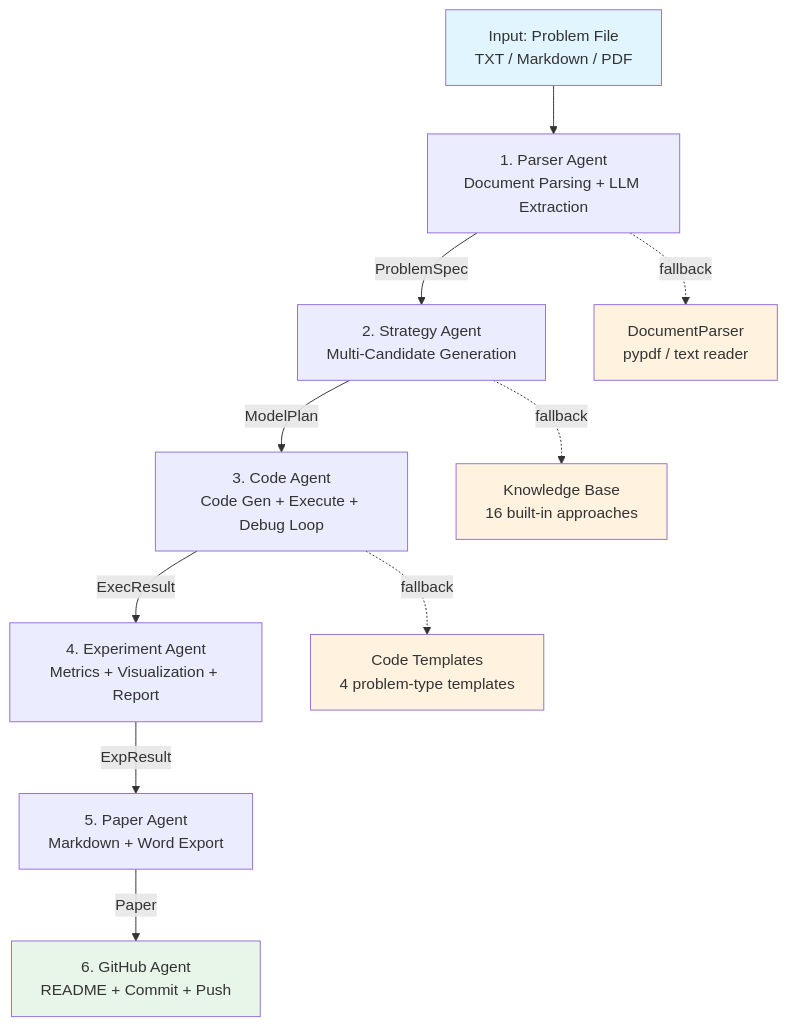
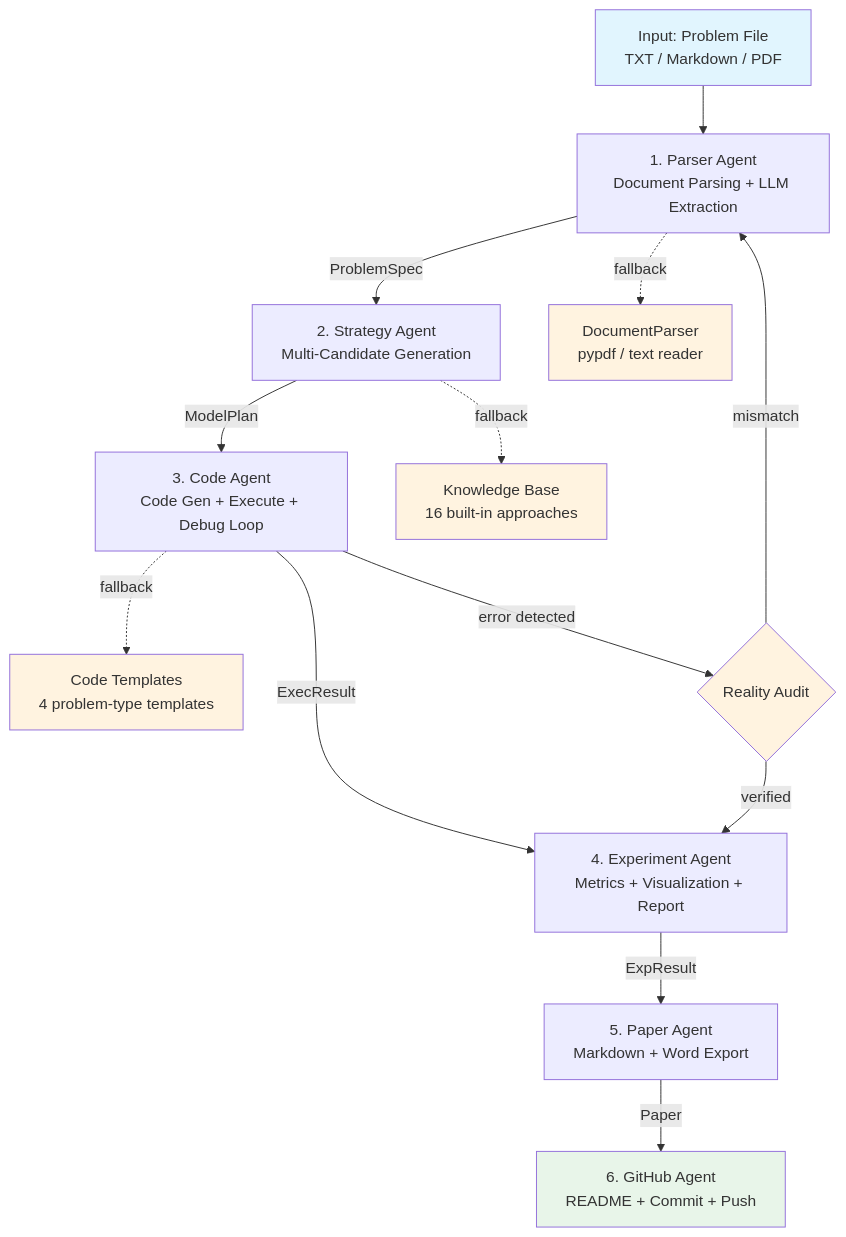
Before and after one commit to 1598897031-debug/mathmodel-dev-agent: the diagram in README.md, drawn with Mermaid. The commit also changed other lines of this file and 9 other files, not shown here.

````diff
--- a/README.md
+++ b/README.md
@@ -21,19 +24,24 @@
 ```mermaid
 flowchart TD
     A[Input: Problem File<br/>TXT / Markdown / PDF] --> B[1. Parser Agent<br/>Document Parsing + LLM Extraction]
     B -->|ProblemSpec| C[2. Strategy Agent<br/>Multi-Candidate Generation]
     C -->|ModelPlan| D[3. Code Agent<br/>Code Gen + Execute + Debug Loop]
     D -->|ExecResult| E[4. Experiment Agent<br/>Metrics + Visualization + Report]
     E -->|ExpResult| F[5. Paper Agent<br/>Markdown + Word Export]
     F -->|Paper| G[6. GitHub Agent<br/>README + Commit + Push]
 
     B -.->|fallback| B1[DocumentParser<br/>pypdf / text reader]
     C -.->|fallback| C1[Knowledge Base<br/>16 built-in approaches]
     D -.->|fallback| D1[Code Templates<br/>4 problem-type templates]
 
+    D -->|error detected| H{Reality Audit}
+    H -->|mismatch| B
+    H -->|verified| E
+
     style A fill:#e1f5fe
     style G fill:#e8f5e9
+    style H fill:#fff3e0
     style B1 fill:#fff3e0
     style C1 fill:#fff3e0
     style D1 fill:#fff3e0
 ```
````
